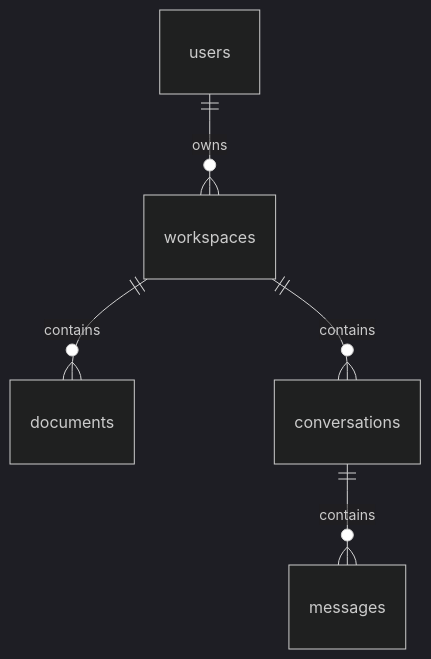
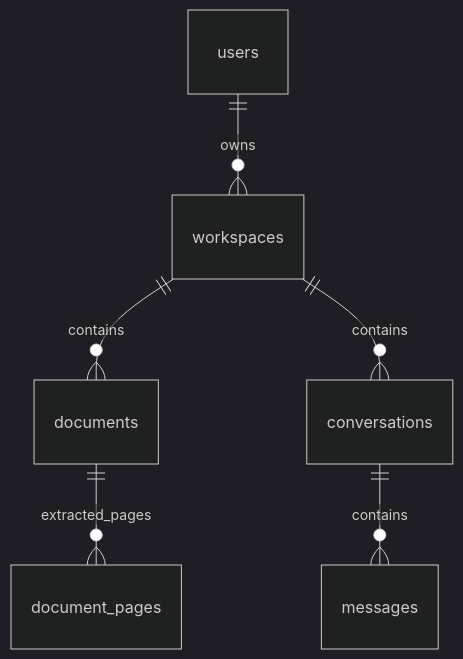
Before and after one commit to TranDuc169/Private-AI: the diagram in docs/SCHEMA.md, drawn with Mermaid (dark theme). The commit also changed other lines of this file and 44 other files, not shown here.

````diff
--- a/docs/SCHEMA.md
+++ b/docs/SCHEMA.md
@@ -3,7 +3,8 @@
 ```mermaid
 erDiagram
     users ||--o{ workspaces : owns
     workspaces ||--o{ documents : contains
+    documents ||--o{ document_pages : extracted_pages
     workspaces ||--o{ conversations : contains
     conversations ||--o{ messages : contains
 ```
````
